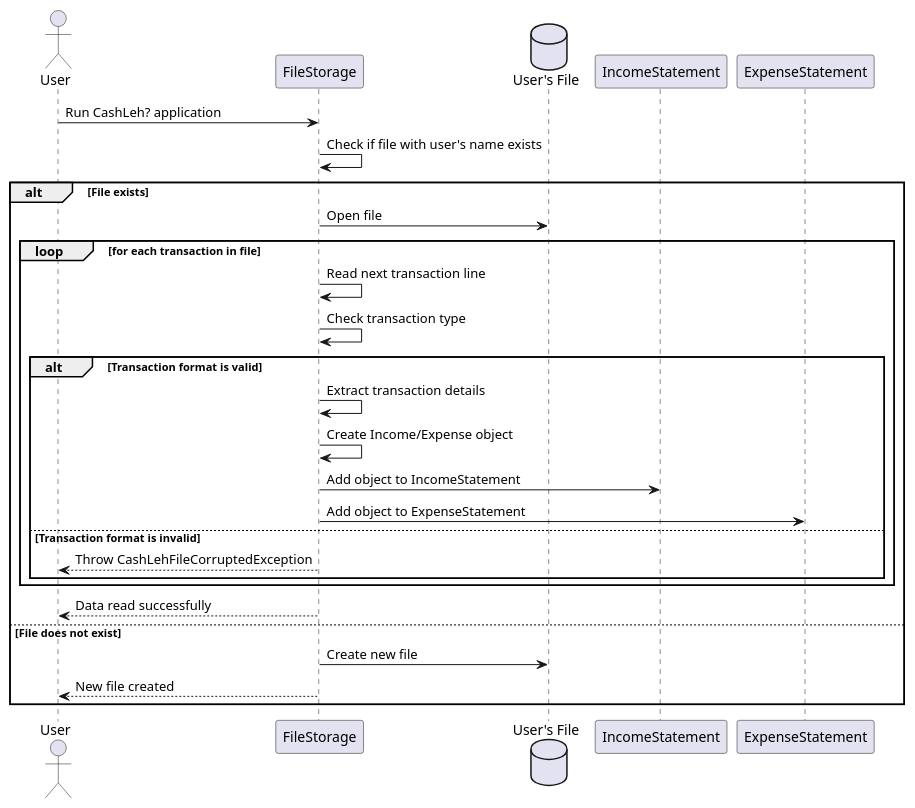
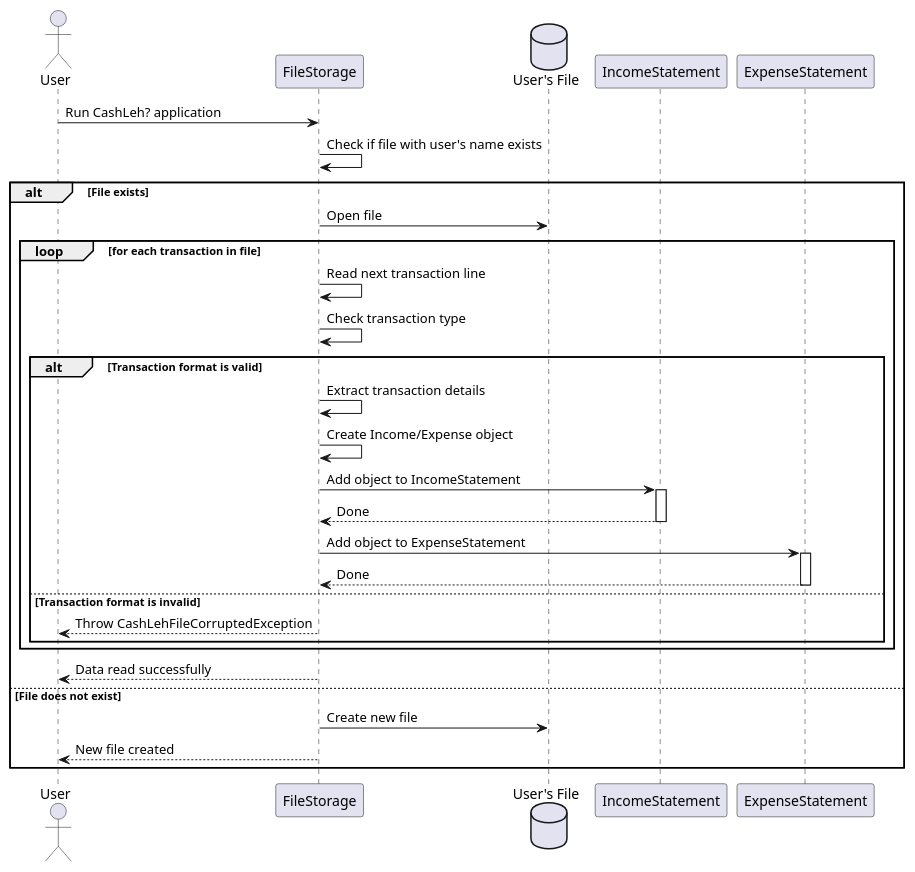
One commit to nus-cs2113-AY2324S1/tp changed the diagram in docs/uml/readFromFile.puml. Above: the diagram before and after it, drawn with PlantUML.

Commit message:
Update readFromFile diagram

```diff
--- a/docs/uml/readFromFile.puml
+++ b/docs/uml/readFromFile.puml
@@ -1,30 +1,36 @@
 @startuml
 
 actor User
 participant FileStorage
 database File as "User's File"
 participant IncomeStatement
 participant ExpenseStatement
 User -> FileStorage: Run CashLeh? application
 FileStorage -> FileStorage: Check if file with user's name exists
 alt File exists
     FileStorage -> File: Open file
     loop for each transaction in file
         FileStorage -> FileStorage: Read next transaction line
         FileStorage -> FileStorage: Check transaction type
         alt Transaction format is valid
             FileStorage -> FileStorage: Extract transaction details
             FileStorage -> FileStorage: Create Income/Expense object
             FileStorage -> IncomeStatement: Add object to IncomeStatement
+            activate IncomeStatement
+            IncomeStatement --> FileStorage: Done
+            deactivate IncomeStatement
             FileStorage -> ExpenseStatement: Add object to ExpenseStatement
+            activate ExpenseStatement
+            ExpenseStatement --> FileStorage: Done
+            deactivate ExpenseStatement
         else Transaction format is invalid
             FileStorage --> User: Throw CashLehFileCorruptedException
         end
     end
     FileStorage --> User: Data read successfully
 else File does not exist
     FileStorage -> File: Create new file
     FileStorage --> User: New file created
 end
 
 @enduml
```
